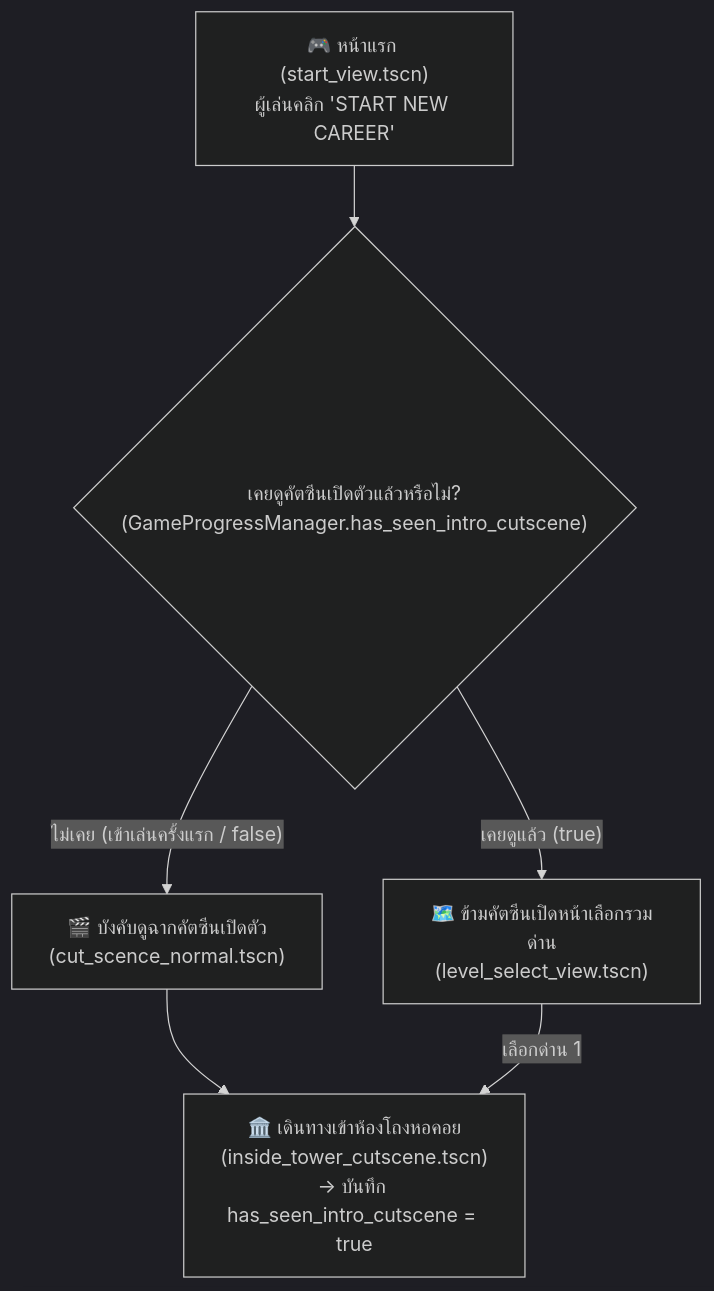
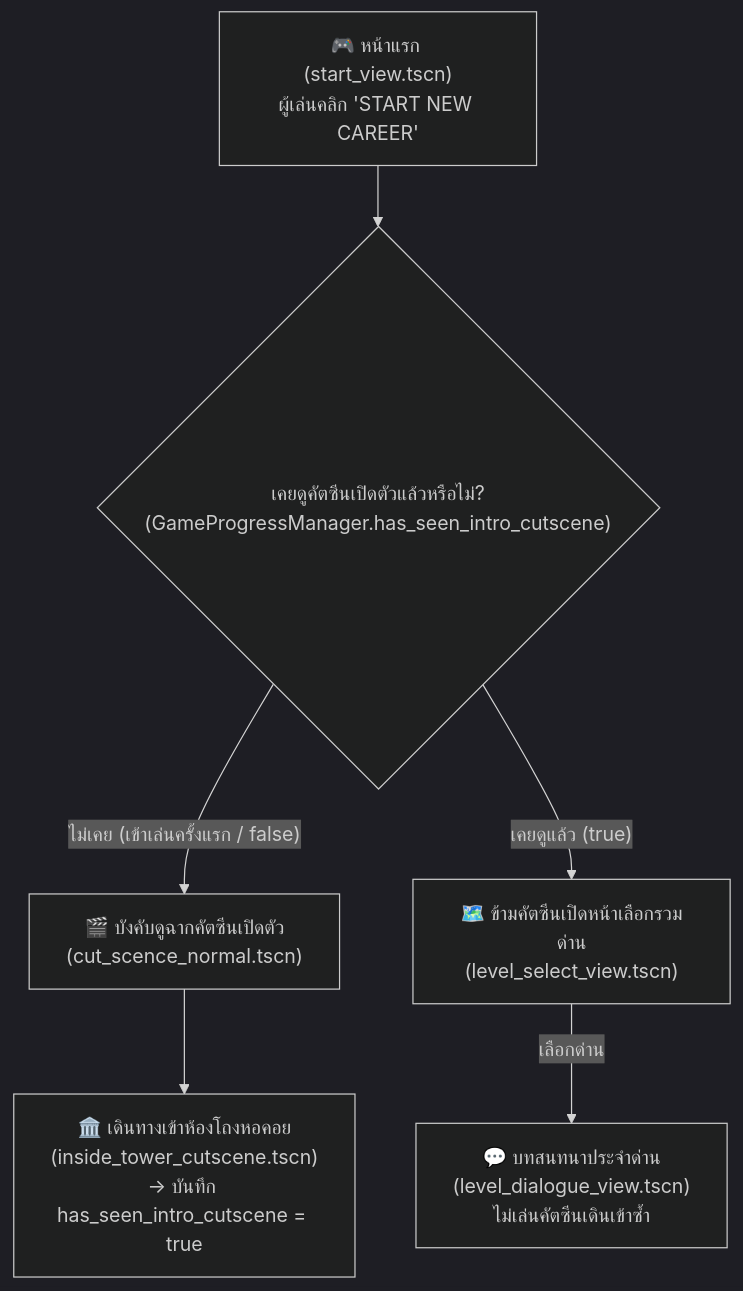
One commit to PetchAuisui/Demo-Game-Git-Diwaa changed the second of 2 diagrams in docs/inside-tower-cutscene.md. Above: the diagram before and after it, drawn with Mermaid (dark theme). The commit also changed other lines of this file and 1 other file, not shown here.

First line of the commit message:
docs(dialogue): อัปเดตคู่มือให้ตรงกับโฟลว์เลือกด่าน เงื่อนไขภารกิจ Sandbox และ SceneLoader

````diff
--- a/docs/inside-tower-cutscene.md
+++ b/docs/inside-tower-cutscene.md
@@ -250,10 +256,10 @@
 ```mermaid
 flowchart TD
     Start["🎮 หน้าแรก (start_view.tscn)\nผู้เล่นคลิก 'START NEW CAREER'"] --> CheckSeen{"เคยดูคัตซีนเปิดตัวแล้วหรือไม่?\n(GameProgressManager.has_seen_intro_cutscene)"}
     
     CheckSeen -->|"ไม่เคย (เข้าเล่นครั้งแรก / false)"| Cutscene["🎬 บังคับดูฉากคัตซีนเปิดตัว\n(cut_scence_normal.tscn)"]
     Cutscene --> PlayInside["🏛️ เดินทางเข้าห้องโถงหอคอย\n(inside_tower_cutscene.tscn)\n-> บันทึก has_seen_intro_cutscene = true"]
     
     CheckSeen -->|"เคยดูแล้ว (true)"| LevelSelect["🗺️ ข้ามคัตซีนเปิดหน้าเลือกรวมด่าน\n(level_select_view.tscn)"]
-    LevelSelect -->|"เลือกด่าน 1"| PlayInside
+    LevelSelect -->|"เลือกด่าน"| PlayLevel["💬 บทสนทนาประจำด่าน\n(level_dialogue_view.tscn)\nไม่เล่นคัตซีนเดินเข้าซ้ำ"]
 ```
````
